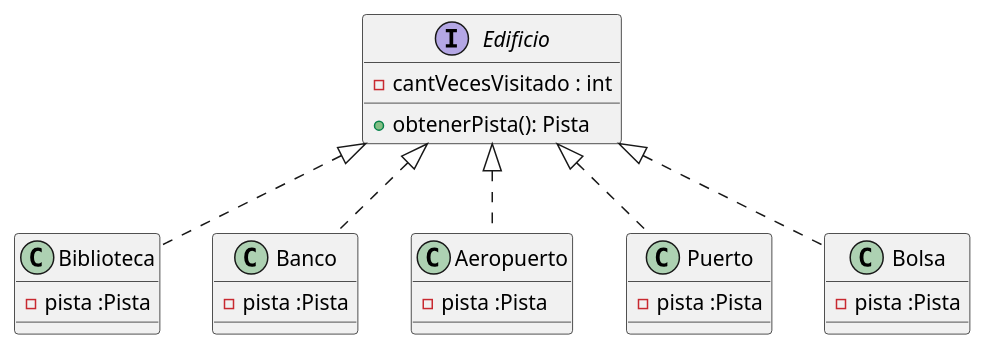
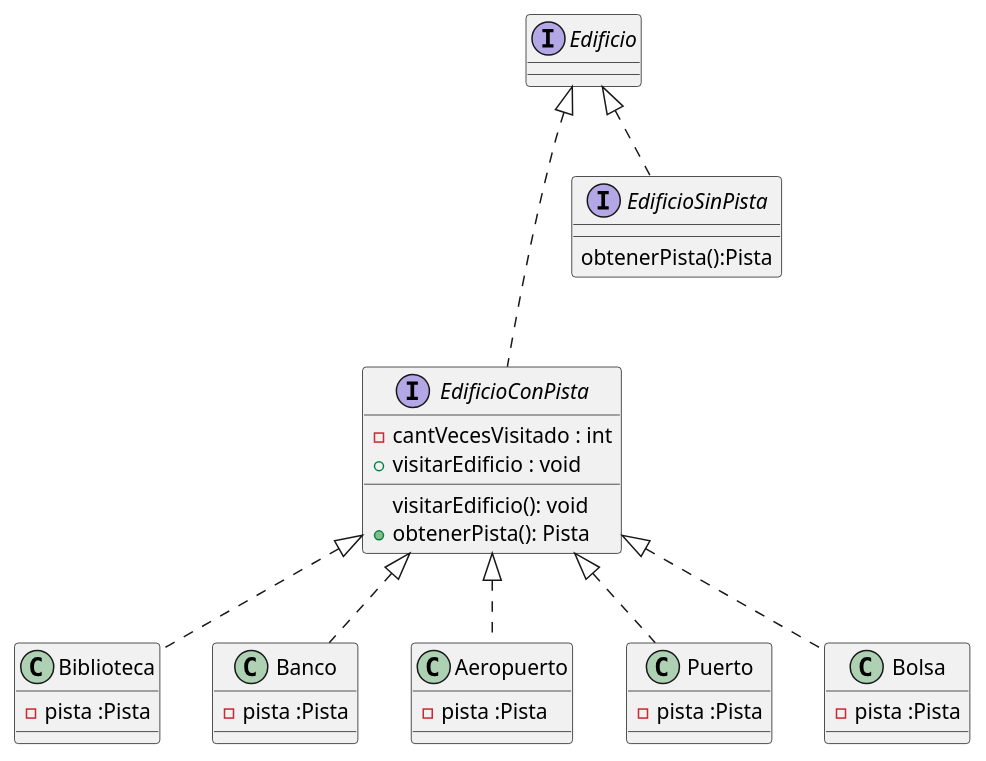
The diagram in diagrams/classes/dc_edificio.plantuml (SeleneMartinez/Algo3_AlgoThief), drawn with PlantUML before and after one commit. The commit also changed 3 other files, not shown here.

Commit message:
Addded sequence diagrams

```diff
--- a/diagrams/classes/dc_edificio.plantuml
+++ b/diagrams/classes/dc_edificio.plantuml
@@ -1,38 +1,55 @@
 @startuml
+
 interface Edificio
 {
+    
+}
+interface EdificioConPista
+{
+    visitarEdificio(): void
+}
+interface EdificioConPista
+{
     -cantVecesVisitado : int
+    +visitarEdificio : void
     + obtenerPista(): Pista
+}
+interface EdificioSinPista
+{
+    obtenerPista():Pista
 }
 
 class Biblioteca
 {
     -pista :Pista
 }
 
 class Banco
 {
     -pista :Pista
 }
 
 class Aeropuerto
 {
     -pista :Pista
 }
 class Puerto
 {
     -pista :Pista
 }
 class Bolsa
 {
     -pista :Pista
 }
 
-Edificio<|.. Bolsa
-Edificio<|.. Banco
-Edificio<|.. Aeropuerto
-Edificio<|.. Puerto
-Edificio<|.. Biblioteca
+EdificioConPista<|.. Bolsa
+EdificioConPista<|.. Banco
+EdificioConPista<|.. Aeropuerto
+EdificioConPista<|.. Puerto
+EdificioConPista<|.. Biblioteca
+
+Edificio <|... EdificioConPista
+Edificio <|..EdificioSinPista
 
 
 @enduml
```
